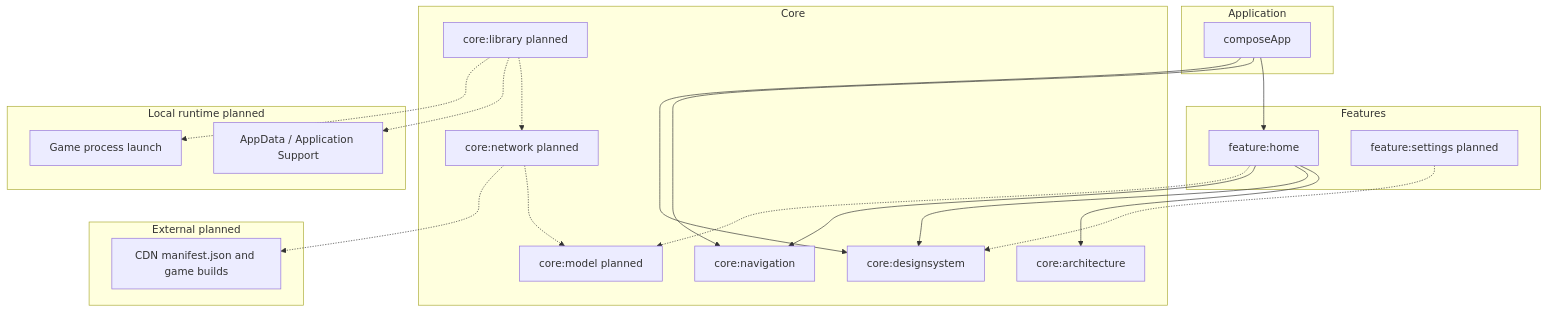
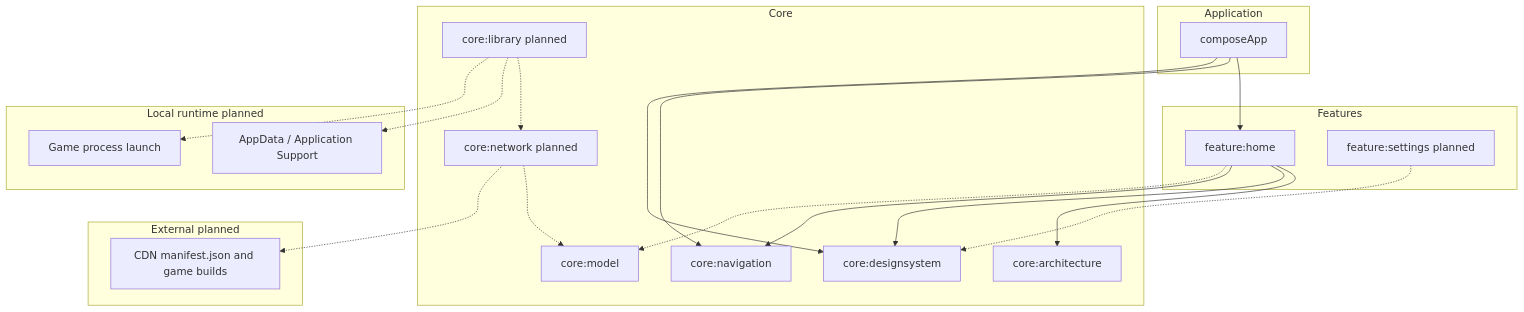
One commit to morphingcoffee/GameLauncher changed the third of 3 diagrams in README.md. Above: the diagram before and after it, drawn with Mermaid. The commit also changed other lines of this file and 13 other files, not shown here.

First line of the commit message:
Add manifest schema, R2 deploy workflows, and core:model (#3)

````diff
--- a/README.md
+++ b/README.md
@@ -179,44 +183,44 @@
 ```mermaid
 flowchart TB
   subgraph app_layer [Application]
     composeApp[composeApp]
   end
 
   subgraph feature_layer [Features]
     home[feature:home]
     settings[feature:settings planned]
   end
 
   subgraph core_layer [Core]
     nav[core:navigation]
     design[core:designsystem]
     arch[core:architecture]
-    model[core:model planned]
+    model[core:model]
     network[core:network planned]
     library[core:library planned]
   end
 
   subgraph external_layer [External planned]
     cdn[CDN manifest.json and game builds]
   end
 
   subgraph local_layer [Local runtime planned]
     install_dir[AppData / Application Support]
     game_proc[Game process launch]
   end
 
   composeApp --> home
   composeApp --> nav
   composeApp --> design
   home --> arch
   home --> design
   home --> nav
 
   home -.-> model
   settings -.-> design
   network -.-> model
   network -.-> cdn
   library -.-> network
   library -.-> install_dir
   library -.-> game_proc
 ```
````
